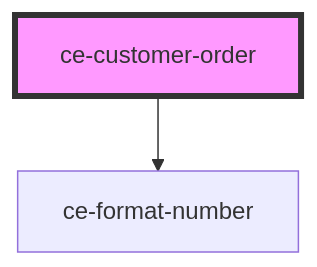
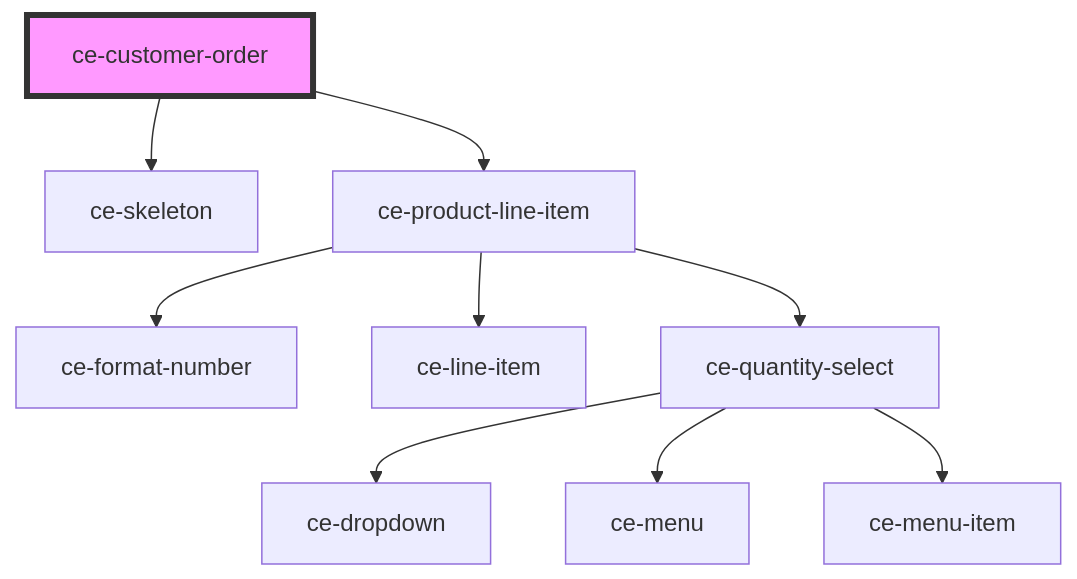
One commit to surecart/surecart-wp-plugin changed the diagram in packages/components/src/components/controllers/dashboard/customer-order/readme.md. Above: the diagram before and after it, drawn with Mermaid. The commit also changed other lines of this file and 241 other files, not shown here.

````diff
--- a/packages/components/src/components/controllers/dashboard/customer-order/readme.md
+++ b/packages/components/src/components/controllers/dashboard/customer-order/readme.md
@@ -22,5 +30,12 @@
 ```mermaid
 graph TD;
-  ce-customer-order --> ce-format-number
+  ce-customer-order --> ce-skeleton
+  ce-customer-order --> ce-product-line-item
+  ce-product-line-item --> ce-format-number
+  ce-product-line-item --> ce-line-item
+  ce-product-line-item --> ce-quantity-select
+  ce-quantity-select --> ce-dropdown
+  ce-quantity-select --> ce-menu
+  ce-quantity-select --> ce-menu-item
   style ce-customer-order fill:#f9f,stroke:#333,stroke-width:4px
 ```
````
